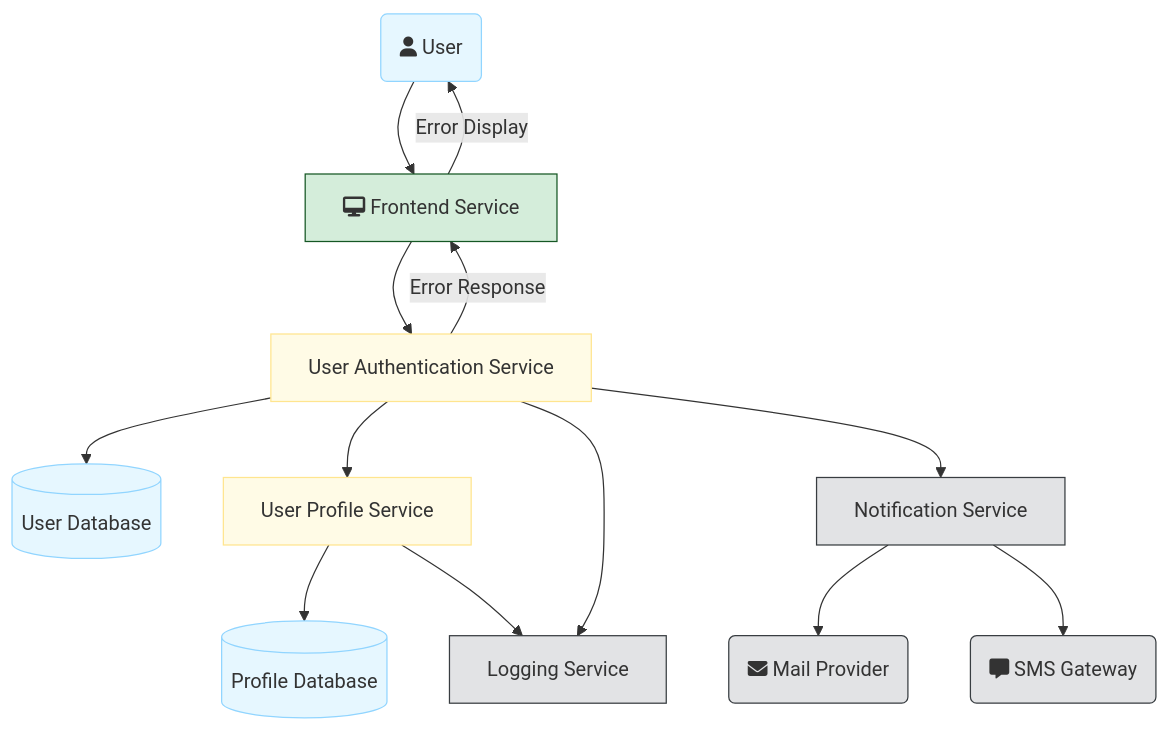
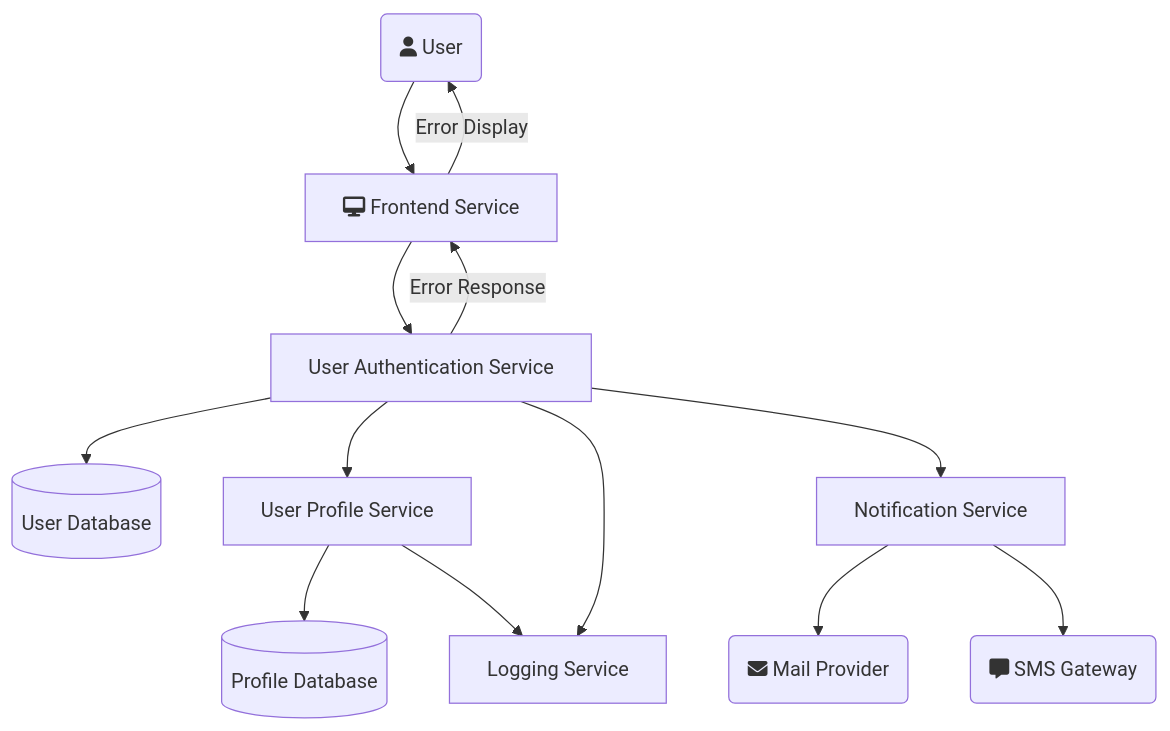
Before and after one commit to sujith-eag/sujith-library: the fourth of 4 diagrams in docs/software-modeling/interaction-modeling.md, drawn with Mermaid. The commit also changed other lines of this file and 41 other files, not shown here.

First line of the commit message:
Refactor diagrams and remove redundant styles in documentation

````diff
--- a/docs/software-modeling/interaction-modeling.md
+++ b/docs/software-modeling/interaction-modeling.md
@@ -138,30 +132,19 @@
 ```mermaid
 graph TD
     User(fa:fa-user User) --> Frontend[fa:fa-desktop Frontend Service]
     Frontend --> UserAuth[User Authentication Service]
 
     UserAuth --> UserDB[(User Database)]
     UserAuth --> UserProfile[User Profile Service]
     UserProfile --> ProfileDB[(Profile Database)]
 
     UserAuth --> LoggingService[Logging Service]
     UserProfile --> LoggingService
 
     UserAuth --> NotificationService[Notification Service]
     NotificationService --> MailProvider(fa:fa-envelope Mail Provider)
     NotificationService --> SMSGateway(fa:fa-comment-alt SMS Gateway)
 
     UserAuth -- "Error Response" --> Frontend
     Frontend -- "Error Display" --> User
-
-    style User fill:#e6f7ff,stroke:#91d5ff
-    style Frontend fill:#d4edda,stroke:#155724
-    style UserAuth fill:#fffbe6,stroke:#ffe58f
-    style UserProfile fill:#fffbe6,stroke:#ffe58f
-    style LoggingService fill:#e2e3e5,stroke:#383d41
-    style NotificationService fill:#e2e3e5,stroke:#383d41
-    style MailProvider fill:#e2e3e5,stroke:#383d41
-    style SMSGateway fill:#e2e3e5,stroke:#383d41
-    style UserDB fill:#e6f7ff,stroke:#91d5ff
-    style ProfileDB fill:#e6f7ff,stroke:#91d5ff
 ```
````
